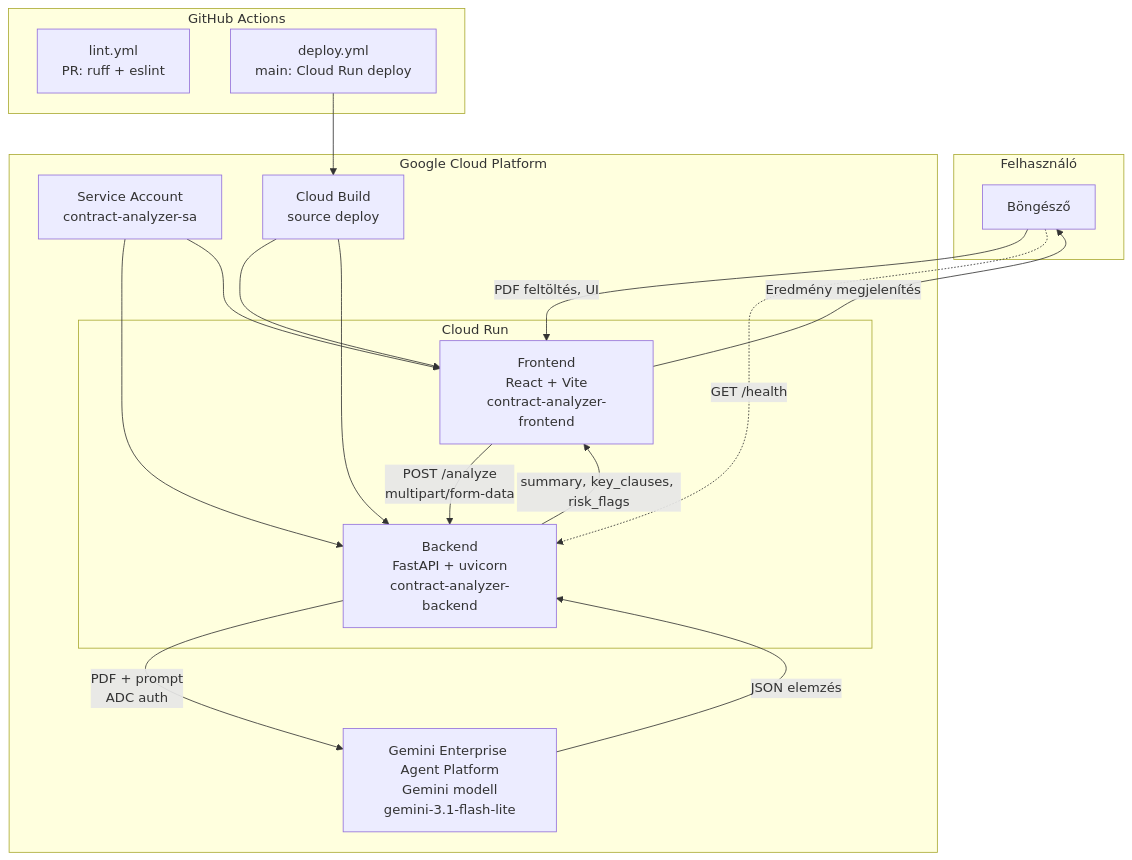
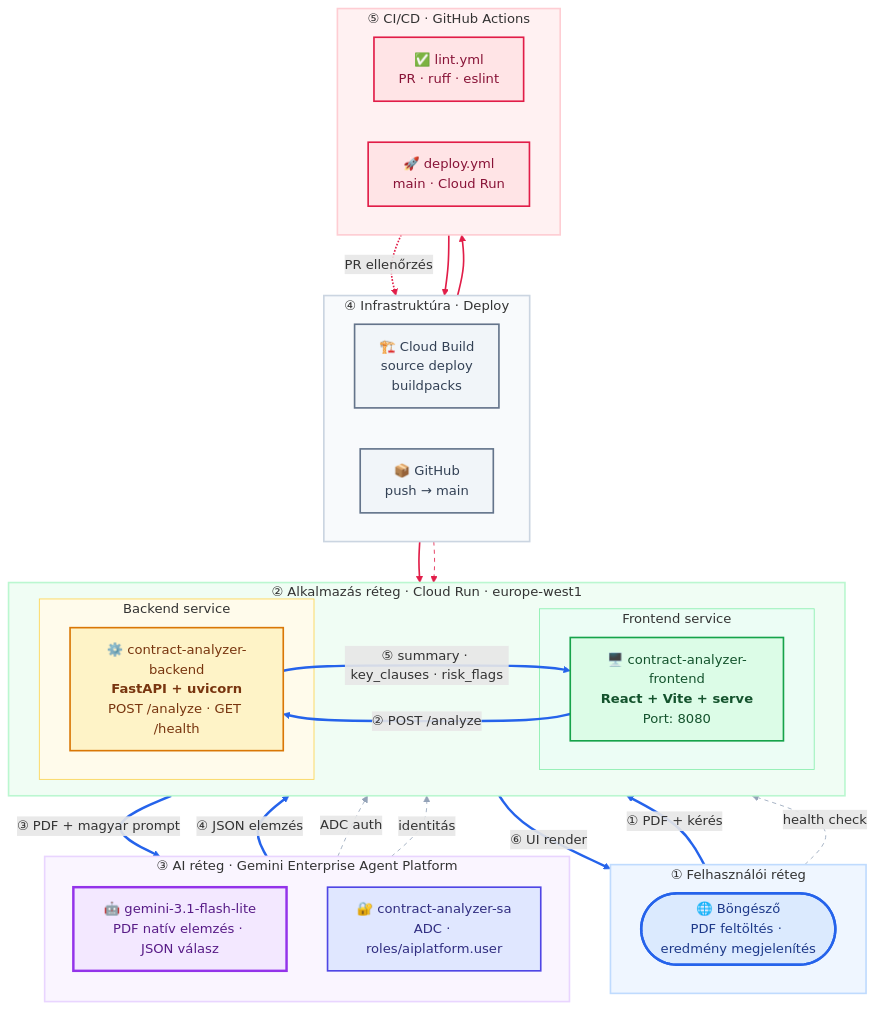
The diagram in README.md (cloudsteak/trn-gcp-ai-contract-analyzer), drawn with Mermaid before and after one commit.

Commit message:
Enhance README with detailed architecture diagram and component descriptions for the contract analysis application, including user, application, AI, infrastructure, and CI/CD layers. Update styles for improved visualization.

````diff
--- a/README.md
+++ b/README.md
@@ -9,37 +9,88 @@
 ```mermaid
 flowchart TB
-    subgraph User["Felhasználó"]
-        Browser["Böngésző"]
+    subgraph L1["① Felhasználói réteg"]
+        direction LR
+        Browser(["🌐 Böngésző<br/>PDF feltöltés · eredmény megjelenítés"])
     end
 
-    subgraph GCP["Google Cloud Platform"]
-        subgraph CloudRun["Cloud Run"]
-            FE["Frontend<br/>React + Vite<br/>contract-analyzer-frontend"]
-            BE["Backend<br/>FastAPI + uvicorn<br/>contract-analyzer-backend"]
+    subgraph L2["② Alkalmazás réteg · Cloud Run · europe-west1"]
+        direction LR
+        subgraph CR_FE["Frontend service"]
+            FE["🖥️ contract-analyzer-frontend<br/><b>React + Vite + serve</b><br/>Port: 8080"]
         end
-
-        GEAP["Gemini Enterprise Agent Platform<br/>Gemini modell<br/>gemini-3.1-flash-lite"]
-        SA["Service Account<br/>contract-analyzer-sa"]
-        CB["Cloud Build<br/>source deploy"]
+        subgraph CR_BE["Backend service"]
+            BE["⚙️ contract-analyzer-backend<br/><b>FastAPI + uvicorn</b><br/>POST /analyze · GET /health"]
+        end
     end
 
-    subgraph CICD["GitHub Actions"]
-        Lint["lint.yml<br/>PR: ruff + eslint"]
-        Deploy["deploy.yml<br/>main: Cloud Run deploy"]
+    subgraph L3["③ AI réteg · Gemini Enterprise Agent Platform"]
+        direction TB
+        GEAP["🤖 gemini-3.1-flash-lite<br/>PDF natív elemzés · JSON válasz"]
+        SA["🔐 contract-analyzer-sa<br/>ADC · roles/aiplatform.user"]
     end
 
-    Browser -->|"PDF feltöltés, UI"| FE
-    FE -->|"POST /analyze<br/>multipart/form-data"| BE
-    BE -->|"PDF + prompt<br/>ADC auth"| GEAP
-    GEAP -->|"JSON elemzés"| BE
-    BE -->|"summary, key_clauses, risk_flags"| FE
-    FE -->|"Eredmény megjelenítés"| Browser
+    subgraph L4["④ Infrastruktúra · Deploy"]
+        direction LR
+        CB["🏗️ Cloud Build<br/>source deploy<br/>buildpacks"]
+        GH["📦 GitHub<br/>push → main"]
+    end
 
+    subgraph L5["⑤ CI/CD · GitHub Actions"]
+        direction LR
+        Lint["✅ lint.yml<br/>PR · ruff · eslint"]
+        Deploy["🚀 deploy.yml<br/>main · Cloud Run"]
+    end
+
+    %% Fő adatfolyam – elemzés
+    Browser ==>|"① PDF + kérés"| FE
+    FE ==>|"② POST /analyze"| BE
+    BE ==>|"③ PDF + magyar prompt"| GEAP
+    GEAP ==>|"④ JSON elemzés"| BE
+    BE ==>|"⑤ summary · key_clauses · risk_flags"| FE
+    FE ==>|"⑥ UI render"| Browser
+
+    %% Másodlagos kapcsolatok
+    Browser -.->|"health check"| BE
+    SA -.->|"ADC auth"| BE
+    SA -.->|"identitás"| FE
+
+    %% Deploy folyamat
+    GH --> Deploy
+    Lint -.->|"PR ellenőrzés"| GH
     Deploy --> CB
     CB --> FE
     CB --> BE
-    SA --> BE
-    SA --> FE
 
-    Browser -.->|"GET /health"| BE
+    %% Stílusok – csomópontok
+    classDef client fill:#DBEAFE,stroke:#2563EB,stroke-width:3px,color:#1E3A8A,rx:12,ry:12
+    classDef frontend fill:#DCFCE7,stroke:#16A34A,stroke-width:2px,color:#14532D
+    classDef backend fill:#FEF3C7,stroke:#D97706,stroke-width:2px,color:#78350F
+    classDef ai fill:#F3E8FF,stroke:#9333EA,stroke-width:3px,color:#581C87
+    classDef security fill:#E0E7FF,stroke:#4F46E5,stroke-width:2px,color:#312E81
+    classDef infra fill:#F1F5F9,stroke:#64748B,stroke-width:2px,color:#334155
+    classDef cicd fill:#FFE4E6,stroke:#E11D48,stroke-width:2px,color:#881337
+    classDef repo fill:#CCFBF1,stroke:#0D9488,stroke-width:2px,color:#134E4A
+
+    class Browser client
+    class FE frontend
+    class BE backend
+    class GEAP ai
+    class SA security
+    class CB,GH infra
+    class Lint,Deploy cicd
+
+    %% Stílusok – élek
+    linkStyle 0,1,2,3,4,5 stroke:#2563EB,stroke-width:3px
+    linkStyle 6,7,8 stroke:#94A3B8,stroke-width:1px,stroke-dasharray:5
+    linkStyle 9,10,11,12 stroke:#E11D48,stroke-width:2px
+    linkStyle 13 stroke:#E11D48,stroke-width:1px,stroke-dasharray:5
+
+    %% Subgraph háttérszínek
+    style L1 fill:#EFF6FF,stroke:#BFDBFE,stroke-width:2px
+    style L2 fill:#F0FDF4,stroke:#BBF7D0,stroke-width:2px
+    style L3 fill:#FAF5FF,stroke:#E9D5FF,stroke-width:2px
+    style L4 fill:#F8FAFC,stroke:#CBD5E1,stroke-width:2px
+    style L5 fill:#FFF1F2,stroke:#FECDD3,stroke-width:2px
+    style CR_FE fill:#ECFDF5,stroke:#86EFAC,stroke-width:1px
+    style CR_BE fill:#FFFBEB,stroke:#FCD34D,stroke-width:1px
 ```
````
